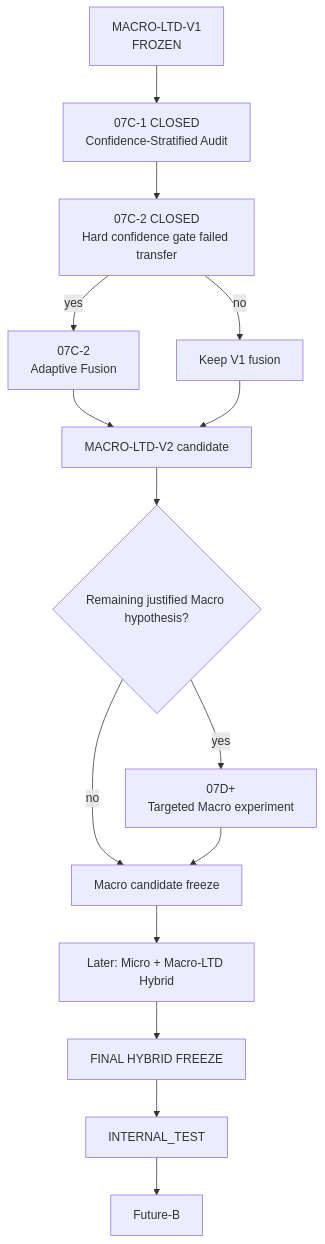
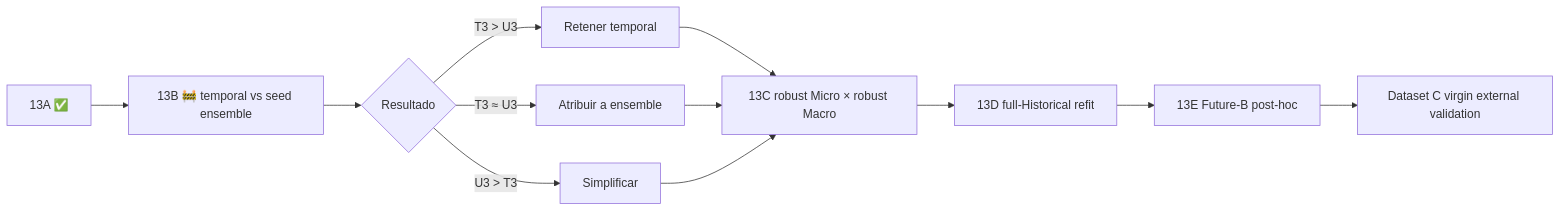
One commit to a52290451/ltd-attack changed the second of 2 diagrams in docs/EXPERIMENT_MAP.md. Above: the diagram before and after it, drawn with Mermaid. The commit also changed other lines of this file and 2 other files, not shown here.

Commit message:
docs: map full LTD research branches and current evidence

````diff
--- a/docs/EXPERIMENT_MAP.md
+++ b/docs/EXPERIMENT_MAP.md
@@ -151,17 +519,14 @@
 ```mermaid
-flowchart TD
-A["MACRO-LTD-V1<br/>FROZEN"] --> B["07C-1 CLOSED<br/>Confidence-Stratified Audit"]
-B --> C["07C-2 CLOSED<br/>Hard confidence gate failed transfer"]
-C -- yes --> D["07C-2<br/>Adaptive Fusion"]
-C -- no --> E["Keep V1 fusion"]
-D --> F["MACRO-LTD-V2 candidate"]
-E --> F
-F --> G{"Remaining justified Macro hypothesis?"}
-G -- yes --> H["07D+<br/>Targeted Macro experiment"]
-G -- no --> I["Macro candidate freeze"]
-H --> I
-I --> J["Later: Micro + Macro-LTD Hybrid"]
-J --> K["FINAL HYBRID FREEZE"]
-K --> L["INTERNAL_TEST"]
-L --> M["Future-B"]
+flowchart LR
+    A["13A ✅"] --> B["13B 🚧 temporal vs seed ensemble"]
+    B --> C{"Resultado"}
+    C -- "T3 > U3" --> D["Retener temporal"]
+    C -- "T3 ≈ U3" --> E["Atribuir a ensemble"]
+    C -- "U3 > T3" --> F["Simplificar"]
+    D --> G["13C robust Micro × robust Macro"]
+    E --> G
+    F --> G
+    G --> H["13D full-Historical refit"]
+    H --> I["13E Future-B post-hoc"]
+    I --> J["Dataset C virgin external validation"]
 ```
````
